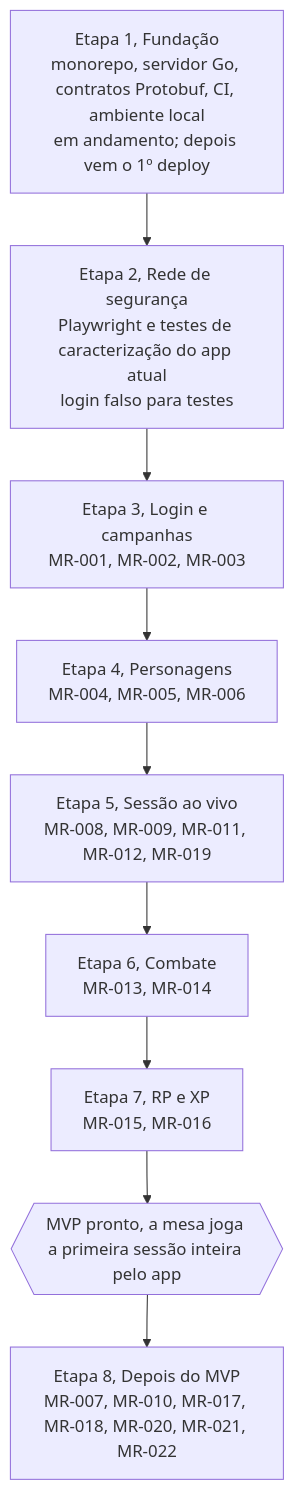
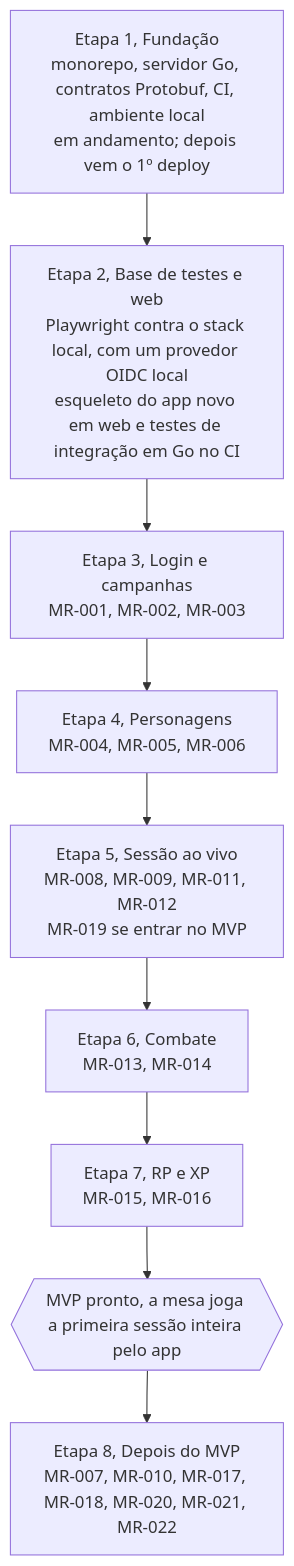
One commit to PuraFome/meuRPG changed the diagram in docs/roadmap.md. Above: the diagram before and after it, drawn with Mermaid. The commit also changed other lines of this file and 10 other files, not shown here.

````diff
--- a/docs/roadmap.md
+++ b/docs/roadmap.md
@@ -5,14 +5,14 @@
 ```mermaid
 flowchart TD
     E1["Etapa 1, Fundação<br/>monorepo, servidor Go, contratos Protobuf, CI, ambiente local<br/>em andamento; depois vem o 1º deploy"]
-    E2["Etapa 2, Rede de segurança<br/>Playwright e testes de caracterização do app atual<br/>login falso para testes"]
+    E2["Etapa 2, Base de testes e web<br/>Playwright contra o stack local, com um provedor OIDC local<br/>esqueleto do app novo em web e testes de integração em Go no CI"]
     E3["Etapa 3, Login e campanhas<br/>MR-001, MR-002, MR-003"]
     E4["Etapa 4, Personagens<br/>MR-004, MR-005, MR-006"]
-    E5["Etapa 5, Sessão ao vivo<br/>MR-008, MR-009, MR-011, MR-012, MR-019"]
+    E5["Etapa 5, Sessão ao vivo<br/>MR-008, MR-009, MR-011, MR-012<br/>MR-019 se entrar no MVP"]
     E6["Etapa 6, Combate<br/>MR-013, MR-014"]
     E7["Etapa 7, RP e XP<br/>MR-015, MR-016"]
     MVP{{"MVP pronto, a mesa joga a primeira sessão inteira pelo app"}}
     E8["Etapa 8, Depois do MVP<br/>MR-007, MR-010, MR-017, MR-018, MR-020, MR-021, MR-022"]
 
     E1 --> E2 --> E3 --> E4 --> E5 --> E6 --> E7 --> MVP --> E8
 ```
````
